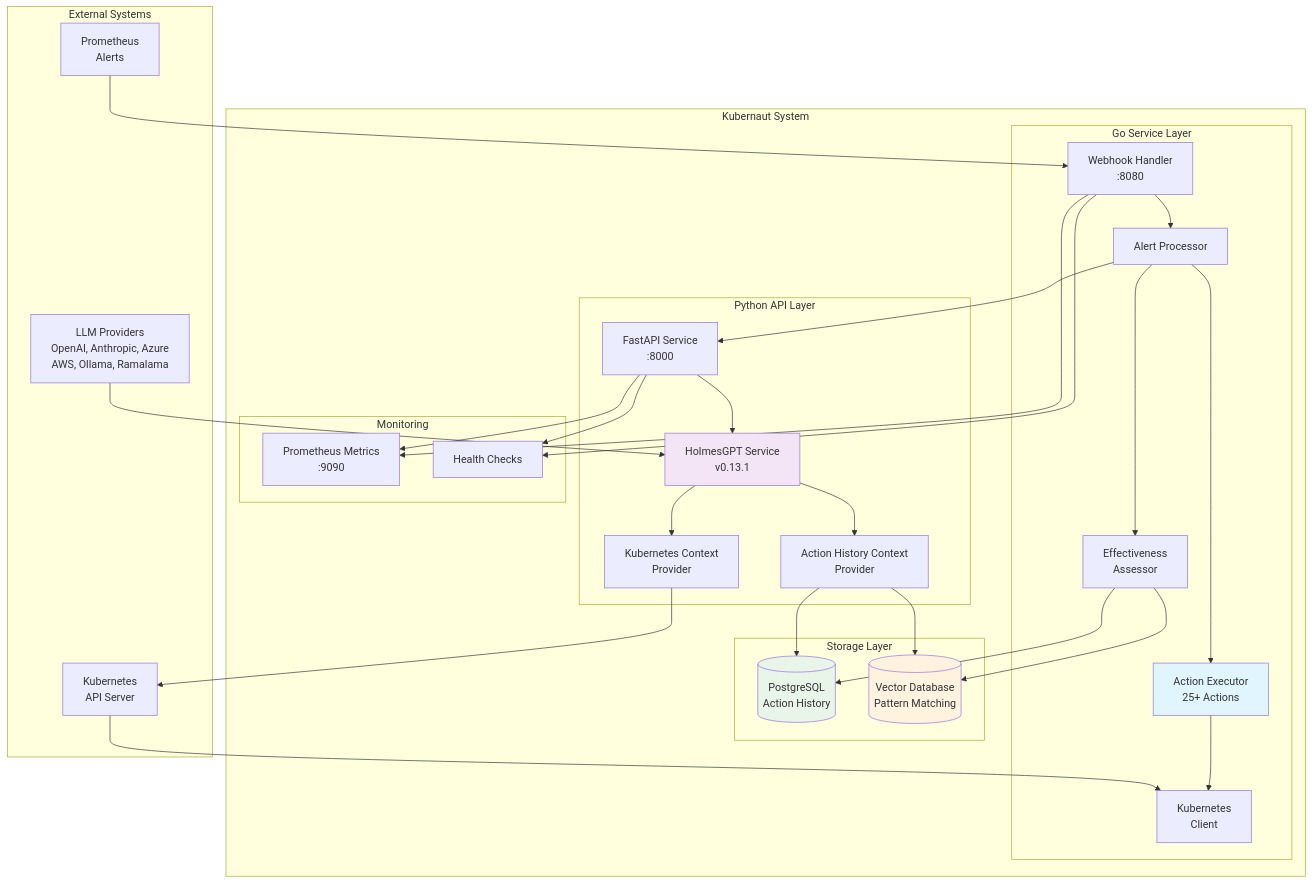
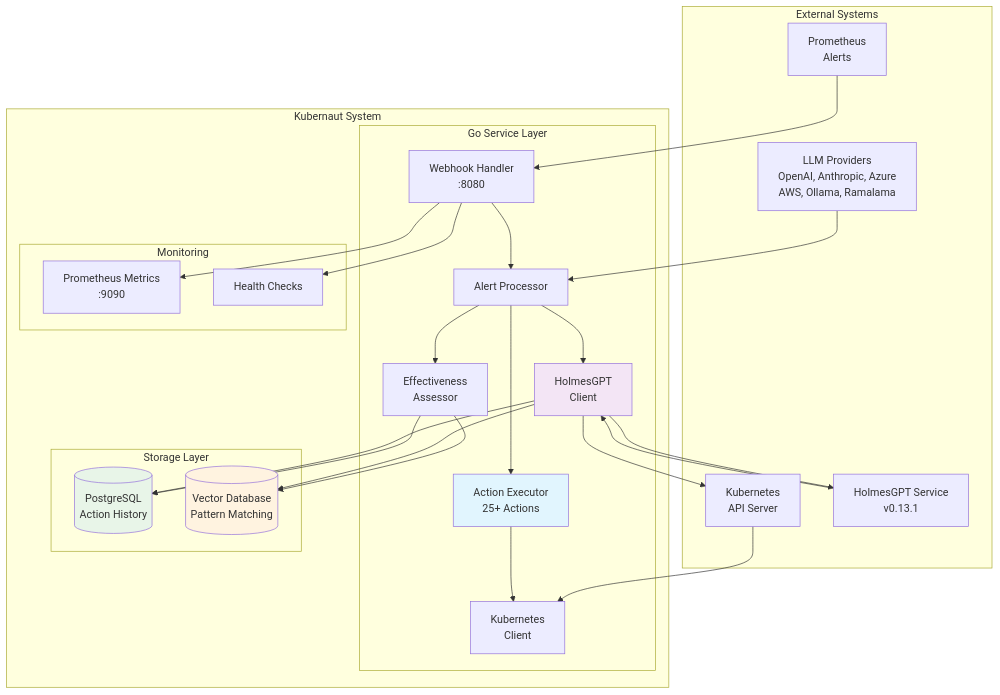
One commit to jordigilh/kubernaut changed the first of 3 diagrams in README.md. Above: the diagram before and after it, drawn with Mermaid. The commit also changed other lines of this file and 9081 other files, not shown here.

````diff
--- a/README.md
+++ b/README.md
@@ -19,70 +68,62 @@
 ```mermaid
 graph TB
     subgraph "External Systems"
         PROM[Prometheus<br/>Alerts]
         K8SAPI[Kubernetes<br/>API Server]
         LLM[LLM Providers<br/>OpenAI, Anthropic, Azure<br/>AWS, Ollama, Ramalama]
+        HGS[HolmesGPT Service<br/>v0.13.1]
     end
 
     subgraph "Kubernaut System"
         subgraph "Go Service Layer"
             WH[Webhook Handler<br/>:8080]
             PROC[Alert Processor]
             EXEC[Action Executor<br/>25+ Actions]
             EFF[Effectiveness<br/>Assessor]
             K8SC[Kubernetes<br/>Client]
-        end
-
-        subgraph "Python API Layer"
-            FAPI[FastAPI Service<br/>:8000]
-            HGS[HolmesGPT Service<br/>v0.13.1]
-            KCP[Kubernetes Context<br/>Provider]
-            ACP[Action History Context<br/>Provider]
+            HCLIENT[HolmesGPT<br/>Client]
         end
 
         subgraph "Storage Layer"
             PG[(PostgreSQL<br/>Action History)]
             VDB[(Vector Database<br/>Pattern Matching)]
         end
 
         subgraph "Monitoring"
             METRICS[Prometheus Metrics<br/>:9090]
             HEALTH[Health Checks]
         end
     end
 
     %% External connections
     PROM --> WH
     K8SAPI --> K8SC
-    LLM --> HGS
+    LLM --> PROC
+    HGS --> HCLIENT
 
     %% Go service flow
     WH --> PROC
     PROC --> EXEC
     PROC --> EFF
     EXEC --> K8SC
     EFF --> PG
 
-    %% Python API integration
-    PROC --> FAPI
-    FAPI --> HGS
-    HGS --> KCP
-    HGS --> ACP
-    KCP --> K8SAPI
-    ACP --> PG
+    %% HolmesGPT integration
+    PROC --> HCLIENT
+    HCLIENT --> HGS
+    HCLIENT --> K8SAPI
+    HCLIENT --> PG
 
     %% Storage connections
     EFF --> VDB
-    ACP --> VDB
+    HCLIENT --> VDB
 
     %% Monitoring connections
     WH --> METRICS
-    FAPI --> METRICS
     WH --> HEALTH
-    FAPI --> HEALTH
 
     style EXEC fill:#e1f5fe
-    style HGS fill:#f3e5f5
+    style HCLIENT fill:#f3e5f5
     style VDB fill:#fff3e0
     style PG fill:#e8f5e8
 ```
````
